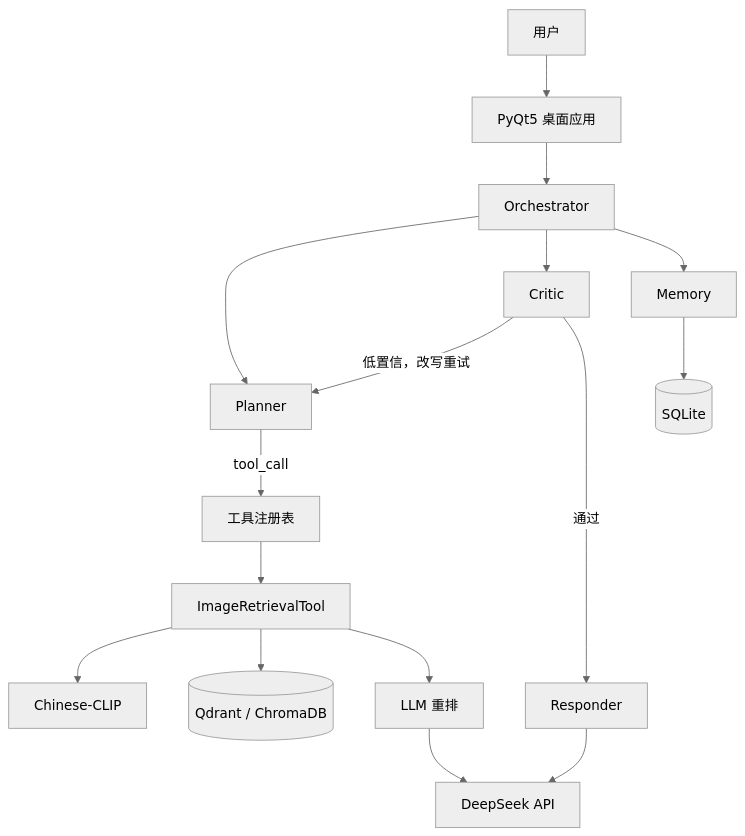
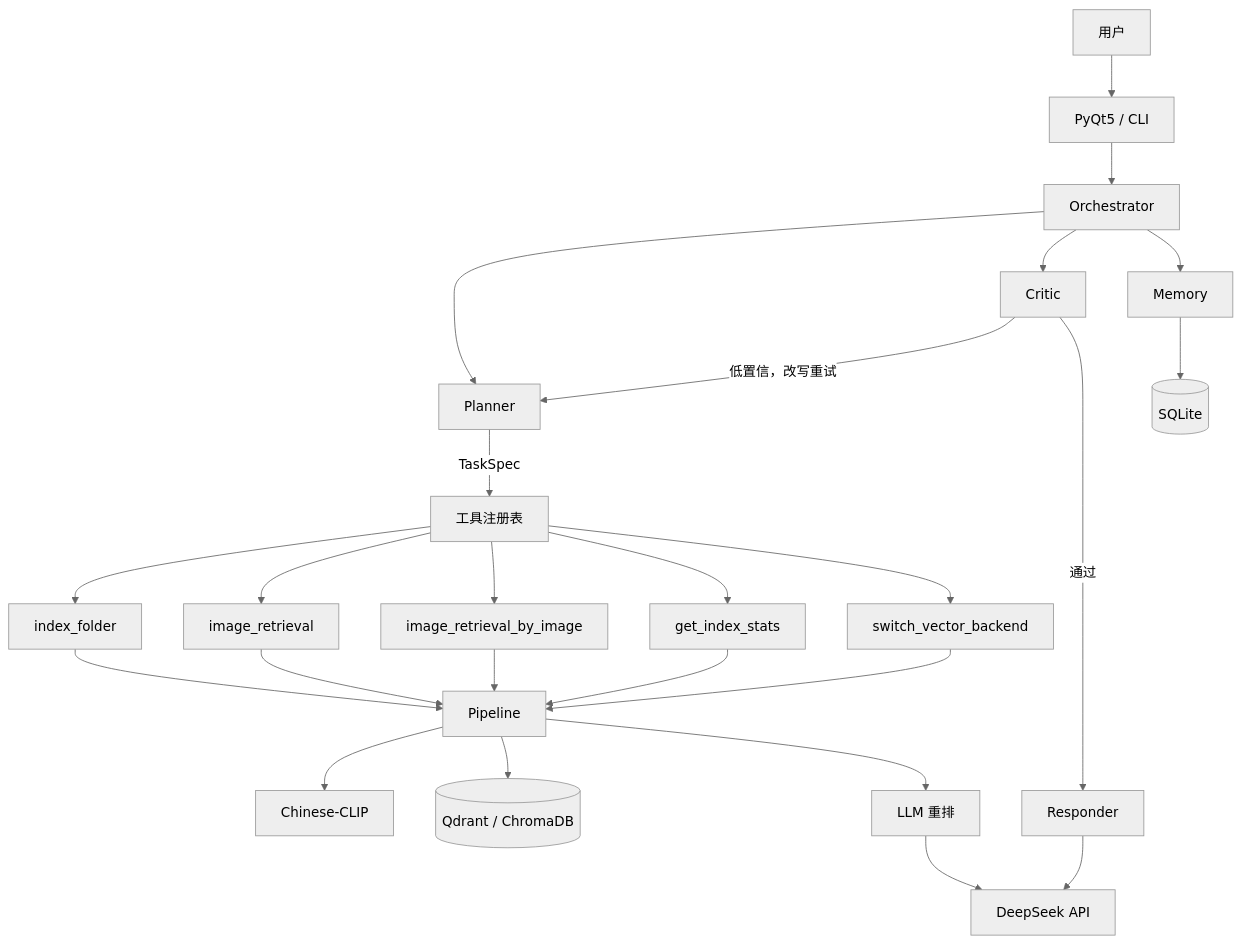
The diagram in README.md (midiexiaomeng/Findgo-agent), drawn with Mermaid (neutral theme) before and after one commit. The commit also changed other lines of this file and 10 other files, not shown here.

````diff
--- a/README.md
+++ b/README.md
@@ -22,18 +43,27 @@
 ```mermaid
 graph TD
-    U[用户] --> APP[PyQt5 桌面应用]
-    APP --> O[Orchestrator]
+    U[用户] --> UI[PyQt5 / CLI]
+    UI --> O[Orchestrator]
     O --> P[Planner]
-    P -->|tool_call| T[工具注册表]
-    T --> IR[ImageRetrievalTool]
-    IR --> E[Chinese-CLIP]
-    IR --> V[(Qdrant / ChromaDB)]
-    IR --> RR[LLM 重排]
+    P -->|TaskSpec| T[工具注册表]
+    T --> IF[index_folder]
+    T --> IR[image_retrieval]
+    T --> II[image_retrieval_by_image]
+    T --> IS[get_index_stats]
+    T --> SB[switch_vector_backend]
+    IF --> PL[Pipeline]
+    IR --> PL
+    II --> PL
+    IS --> PL
+    SB --> PL
+    PL --> E[Chinese-CLIP]
+    PL --> V[(Qdrant / ChromaDB)]
+    PL --> RR[LLM 重排]
     RR --> API[DeepSeek API]
     O --> C[Critic]
     C -->|低置信，改写重试| P
     C -->|通过| RS[Responder]
     RS --> API
     O --> M[Memory]
     M --> DB[(SQLite)]
 ```
````
